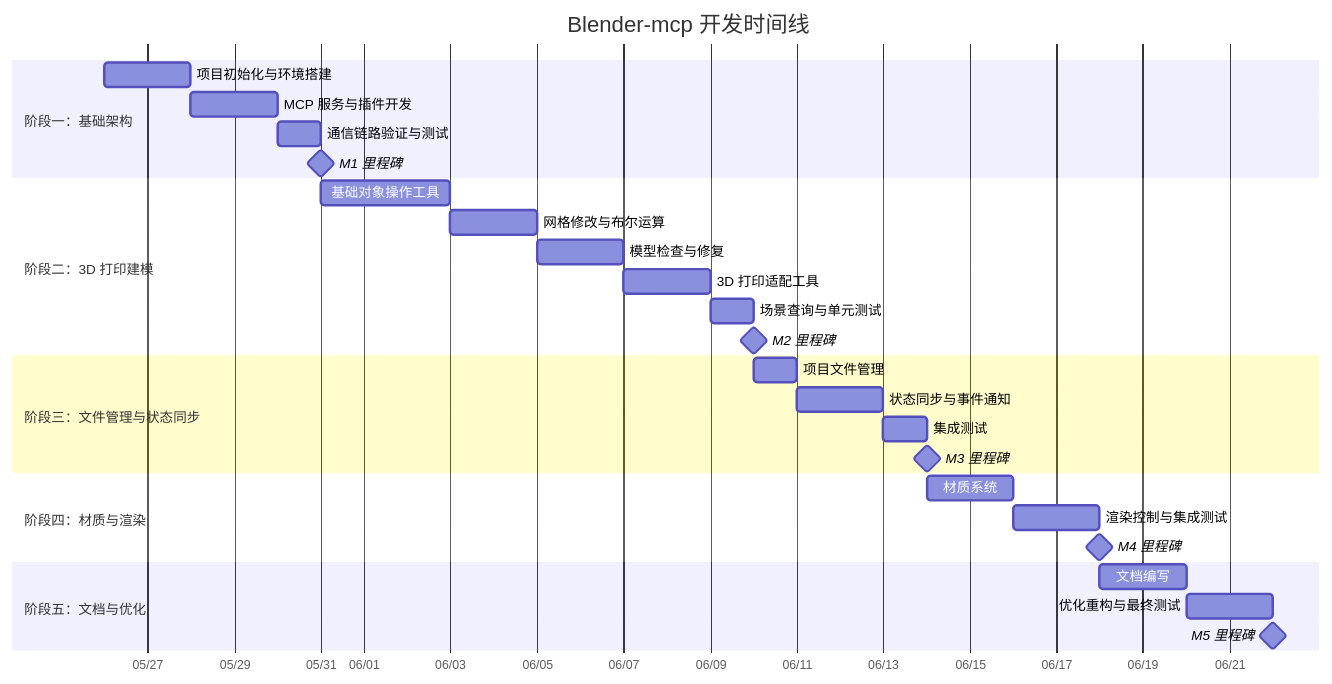
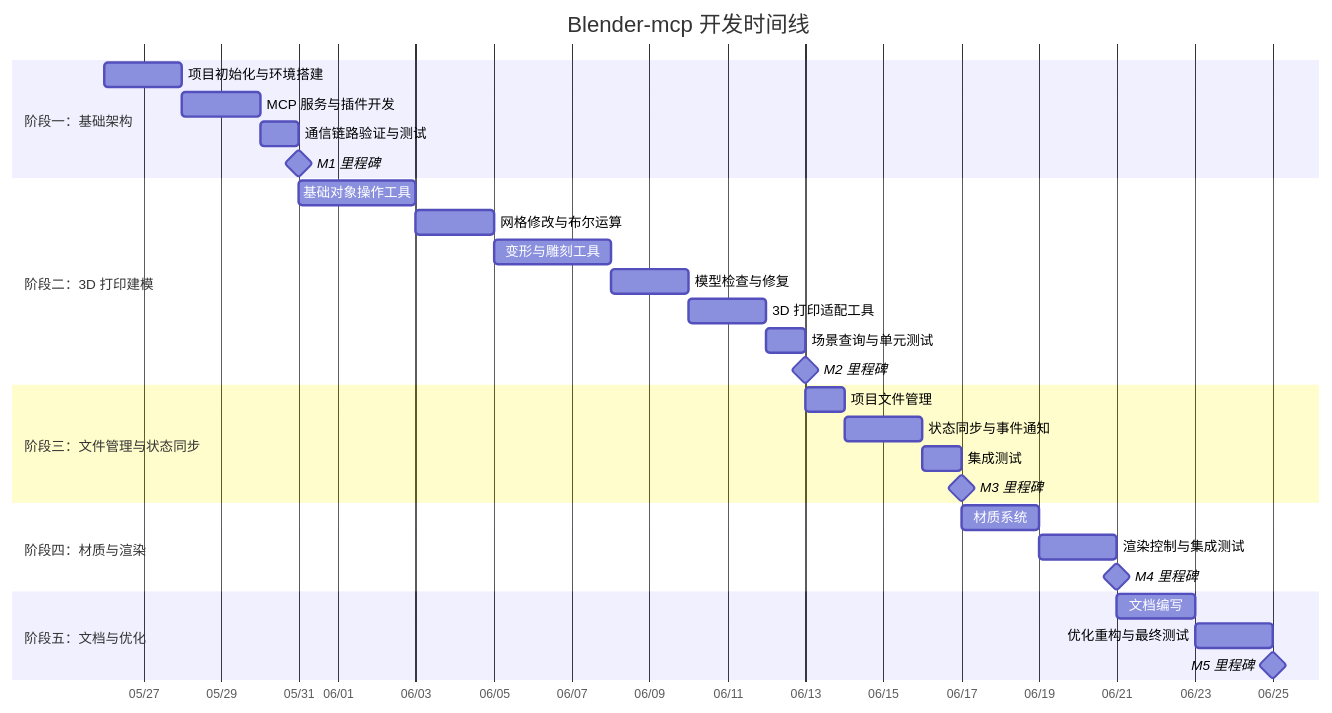
The first of 2 diagrams in document/开发计划.md (xjdxjd/Blender-MCP), drawn with Mermaid before and after one commit. The commit also changed other lines of this file and 3 other files, not shown here.

````diff
--- a/document/开发计划.md
+++ b/document/开发计划.md
@@ -38,36 +38,37 @@
 ```mermaid
 gantt
     title Blender-mcp 开发时间线
     dateFormat  YYYY-MM-DD
     axisFormat  %m/%d
 
     section 阶段一：基础架构
     项目初始化与环境搭建       :a1, 2026-05-26, 2d
     MCP 服务与插件开发         :a2, after a1, 2d
     通信链路验证与测试         :a3, after a2, 1d
     M1 里程碑                  :milestone, after a3, 0d
 
     section 阶段二：3D 打印建模
     基础对象操作工具           :b1, after a3, 3d
     网格修改与布尔运算         :b2, after b1, 2d
-    模型检查与修复             :b3, after b2, 2d
+    变形与雕刻工具             :b2b, after b2, 3d
+    模型检查与修复             :b3, after b2b, 2d
     3D 打印适配工具           :b4, after b3, 2d
     场景查询与单元测试         :b5, after b4, 1d
     M2 里程碑                  :milestone, after b5, 0d
 
     section 阶段三：文件管理与状态同步
     项目文件管理               :c1, after b5, 1d
     状态同步与事件通知         :c2, after c1, 2d
     集成测试                   :c3, after c2, 1d
     M3 里程碑                  :milestone, after c3, 0d
 
     section 阶段四：材质与渲染
     材质系统                   :d1, after c3, 2d
     渲染控制与集成测试         :d2, after d1, 2d
     M4 里程碑                  :milestone, after d2, 0d
 
     section 阶段五：文档与优化
     文档编写                   :e1, after d2, 2d
     优化重构与最终测试         :e2, after e1, 2d
     M5 里程碑                  :milestone, after e2, 0d
 ```
````
